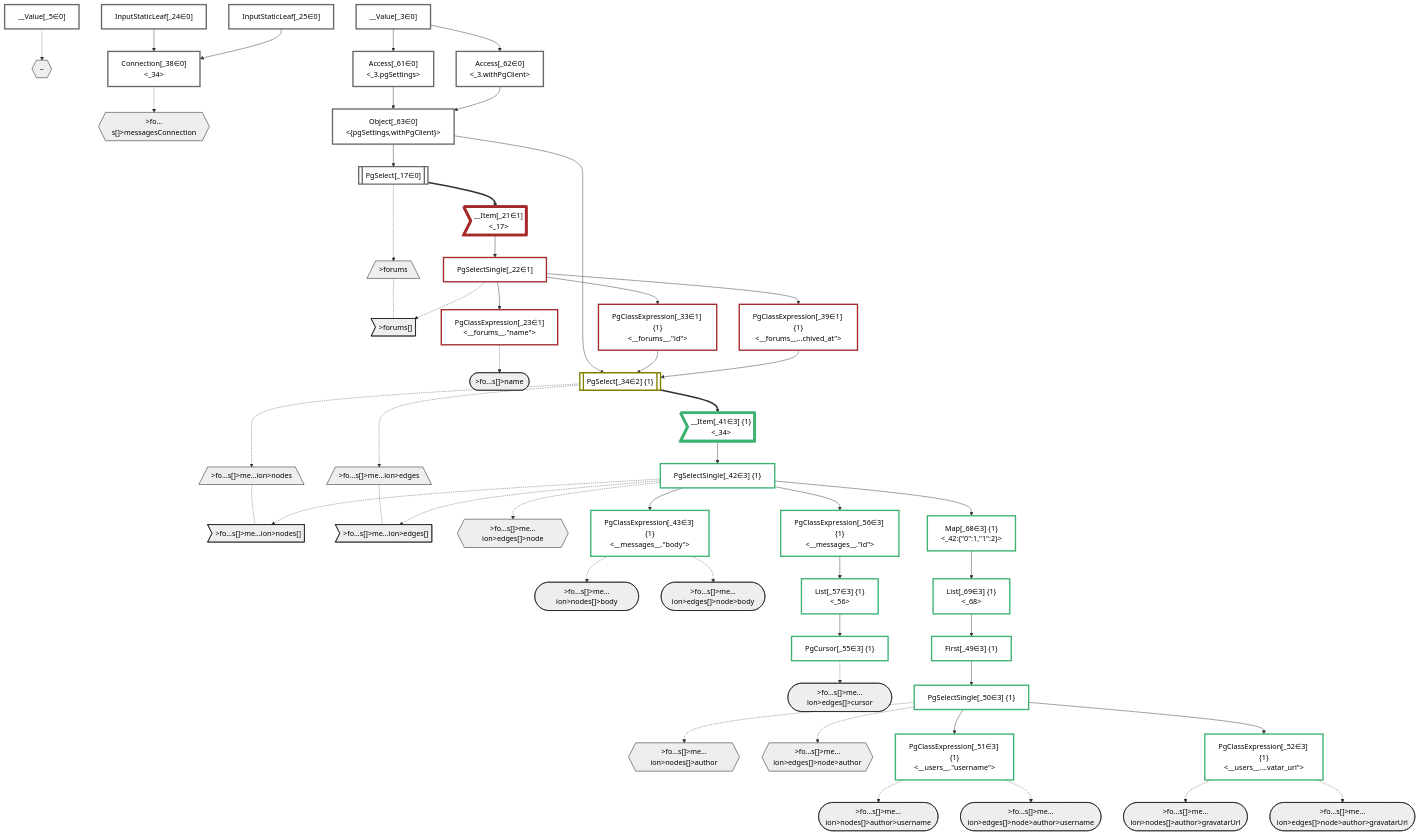
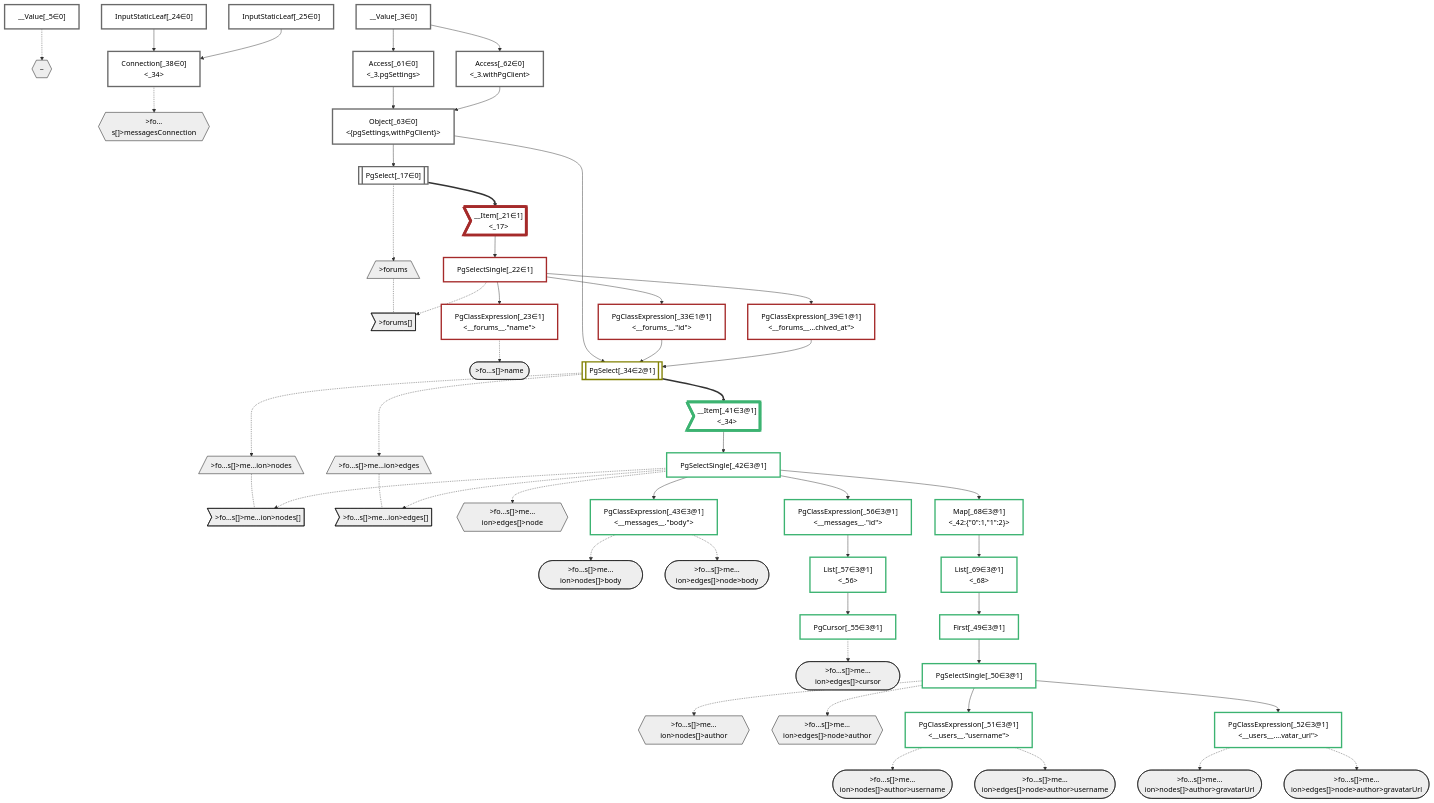
One commit to graphile/crystal changed the diagram in packages/dataplan-pg/__tests__/queries/conditions/archived-forum-inherited-messages.defer-2.mermaid.md. Above: the diagram before and after it, drawn with Mermaid. The commit also changed 41 other files, not shown here.

Commit message:
New mermaid output with primary group IDs

```diff
--- a/packages/dataplan-pg/__tests__/queries/conditions/archived-forum-inherited-messages.defer-2.mermaid.md
+++ b/packages/dataplan-pg/__tests__/queries/conditions/archived-forum-inherited-messages.defer-2.mermaid.md
@@ -54,25 +54,25 @@
     PgClassExpression_23["PgClassExpression[_23∈1]<br /><__forums__.#quot;name#quot;>"]:::plan
     InputStaticLeaf_24["InputStaticLeaf[_24∈0]"]:::plan
     InputStaticLeaf_25["InputStaticLeaf[_25∈0]"]:::plan
-    PgClassExpression_33["PgClassExpression[_33∈1] {1}<br /><__forums__.#quot;id#quot;>"]:::plan
-    PgSelect_34[["PgSelect[_34∈2] {1}<br /><messages>"]]:::plan
+    PgClassExpression_33["PgClassExpression[_33∈1@1]<br /><__forums__.#quot;id#quot;>"]:::plan
+    PgSelect_34[["PgSelect[_34∈2@1]<br /><messages>"]]:::plan
     Connection_38["Connection[_38∈0]<br /><_34>"]:::plan
-    PgClassExpression_39["PgClassExpression[_39∈1] {1}<br /><__forums__...chived_at#quot;>"]:::plan
-    __Item_41>"__Item[_41∈3] {1}<br /><_34>"]:::itemplan
-    PgSelectSingle_42["PgSelectSingle[_42∈3] {1}<br /><messages>"]:::plan
-    PgClassExpression_43["PgClassExpression[_43∈3] {1}<br /><__messages__.#quot;body#quot;>"]:::plan
-    First_49["First[_49∈3] {1}"]:::plan
-    PgSelectSingle_50["PgSelectSingle[_50∈3] {1}<br /><users>"]:::plan
-    PgClassExpression_51["PgClassExpression[_51∈3] {1}<br /><__users__.#quot;username#quot;>"]:::plan
-    PgClassExpression_52["PgClassExpression[_52∈3] {1}<br /><__users__....vatar_url#quot;>"]:::plan
-    PgCursor_55["PgCursor[_55∈3] {1}"]:::plan
-    PgClassExpression_56["PgClassExpression[_56∈3] {1}<br /><__messages__.#quot;id#quot;>"]:::plan
-    List_57["List[_57∈3] {1}<br /><_56>"]:::plan
+    PgClassExpression_39["PgClassExpression[_39∈1@1]<br /><__forums__...chived_at#quot;>"]:::plan
+    __Item_41>"__Item[_41∈3@1]<br /><_34>"]:::itemplan
+    PgSelectSingle_42["PgSelectSingle[_42∈3@1]<br /><messages>"]:::plan
+    PgClassExpression_43["PgClassExpression[_43∈3@1]<br /><__messages__.#quot;body#quot;>"]:::plan
+    First_49["First[_49∈3@1]"]:::plan
+    PgSelectSingle_50["PgSelectSingle[_50∈3@1]<br /><users>"]:::plan
+    PgClassExpression_51["PgClassExpression[_51∈3@1]<br /><__users__.#quot;username#quot;>"]:::plan
+    PgClassExpression_52["PgClassExpression[_52∈3@1]<br /><__users__....vatar_url#quot;>"]:::plan
+    PgCursor_55["PgCursor[_55∈3@1]"]:::plan
+    PgClassExpression_56["PgClassExpression[_56∈3@1]<br /><__messages__.#quot;id#quot;>"]:::plan
+    List_57["List[_57∈3@1]<br /><_56>"]:::plan
     Access_61["Access[_61∈0]<br /><_3.pgSettings>"]:::plan
     Access_62["Access[_62∈0]<br /><_3.withPgClient>"]:::plan
     Object_63["Object[_63∈0]<br /><{pgSettings,withPgClient}>"]:::plan
-    Map_68["Map[_68∈3] {1}<br /><_42:{#quot;0#quot;:1,#quot;1#quot;:2}>"]:::plan
-    List_69["List[_69∈3] {1}<br /><_68>"]:::plan
+    Map_68["Map[_68∈3@1]<br /><_42:{#quot;0#quot;:1,#quot;1#quot;:2}>"]:::plan
+    List_69["List[_69∈3@1]<br /><_68>"]:::plan
 
     %% plan dependencies
     Object_63 --> PgSelect_17
```
